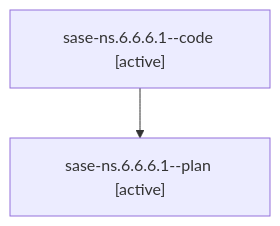
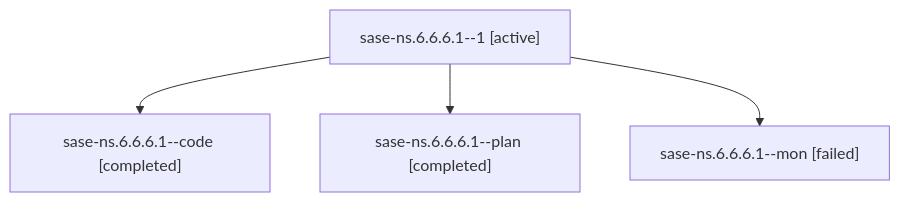
Before and after one commit to sase-org/sase--agents: the diagram in families/bbugyi200.athena.sase-ns.6.6.6.1.md, drawn with Mermaid. The commit also changed other lines of this file and 201 other files, not shown here.

````diff
--- a/families/bbugyi200.athena.sase-ns.6.6.6.1.md
+++ b/families/bbugyi200.athena.sase-ns.6.6.6.1.md
@@ -9,6 +9,10 @@
 ```mermaid
 flowchart TD
-  n0["sase-ns.6.6.6.1--code [active]"]
-  n1["sase-ns.6.6.6.1--plan [active]"]
+  n0["sase-ns.6.6.6.1--1 [active]"]
+  n1["sase-ns.6.6.6.1--code [completed]"]
   n0 --> n1
+  n2["sase-ns.6.6.6.1--plan [completed]"]
+  n0 --> n2
+  n3["sase-ns.6.6.6.1--mon [failed]"]
+  n0 --> n3
 ```
````
